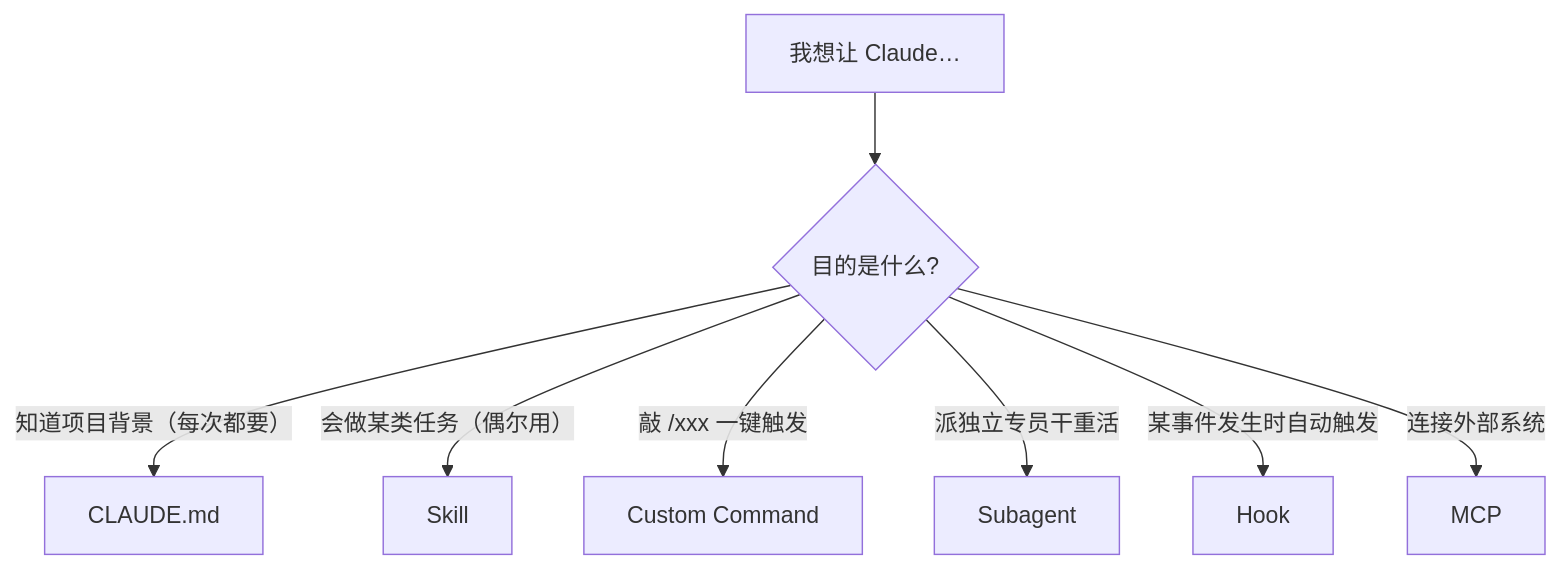
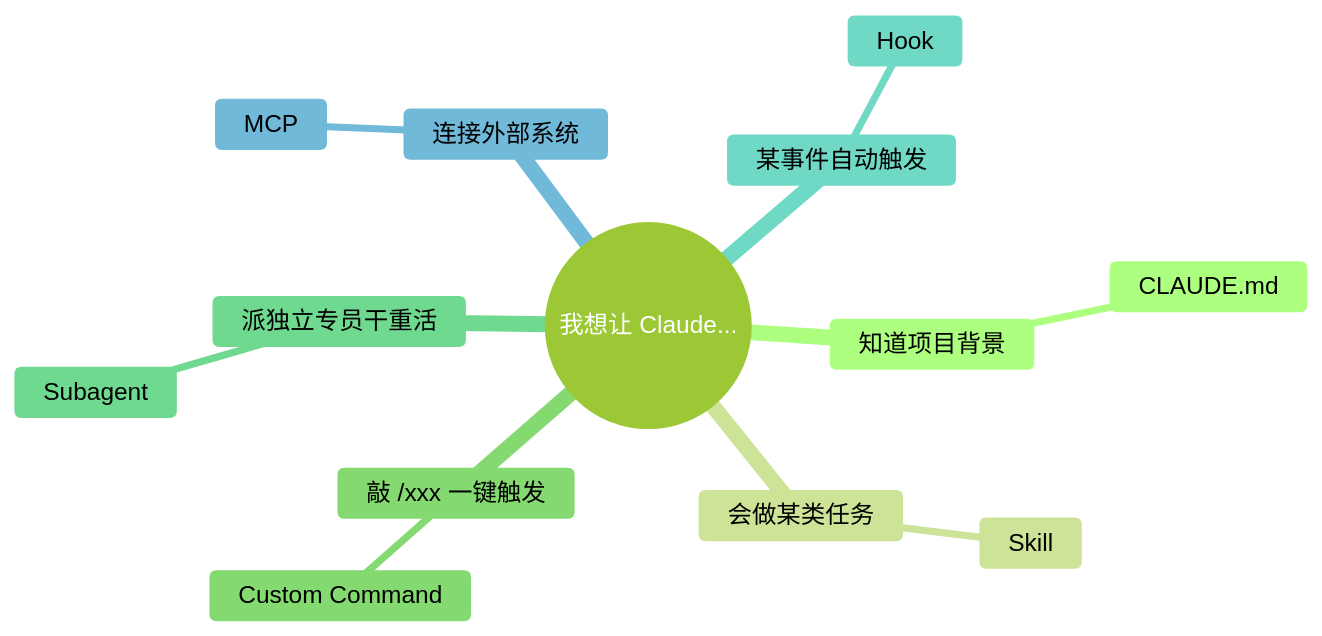
The sixth of 6 diagrams in manuscript/附录/D-决策流程图.md (mali9527/claude-code-full-guide-for-beginners), drawn with Mermaid before and after one commit. The commit also changed other lines of this file and 6 other files, not shown here.

First line of the commit message:
feat: 建立插图管理机制 + 重做根 README 为读者导航页

````diff
--- a/manuscript/附录/D-决策流程图.md
+++ b/manuscript/附录/D-决策流程图.md
@@ -89,11 +90,24 @@
 ```mermaid
-%%{init: {"look": "handDrawn", "theme": "neutral", "themeVariables": {"fontFamily": "'Chalkboard SE','Comic Sans MS','Segoe Print','Kaiti SC','STKaiti','KaiTi','Bradley Hand',cursive", "fontSize": "15px"}}}%%
-flowchart TD
-  A["我想让 Claude…"] --> B{"目的是什么?"}
-  B -->|"知道项目背景（每次都要）"| C["CLAUDE.md"]
-  B -->|"会做某类任务（偶尔用）"| D["Skill"]
-  B -->|"敲 /xxx 一键触发"| E["Custom Command"]
-  B -->|"派独立专员干重活"| F["Subagent"]
-  B -->|"某事件发生时自动触发"| G["Hook"]
-  B -->|"连接外部系统"| H["MCP"]
+---
+config:
+  theme: forest
+  themeVariables:
+    fontFamily: "-apple-system, 'SF Pro Text', 'PingFang SC', 'Helvetica Neue', sans-serif"
+    fontSize: "17px"
+    lineColor: "#D9D9D9"
+---
+mindmap
+  root((我想让 Claude...))
+    知道项目背景
+      CLAUDE.md
+    会做某类任务
+      Skill
+    敲 /xxx 一键触发
+      Custom Command
+    派独立专员干重活
+      Subagent
+    某事件自动触发
+      Hook
+    连接外部系统
+      MCP
 ```
````
